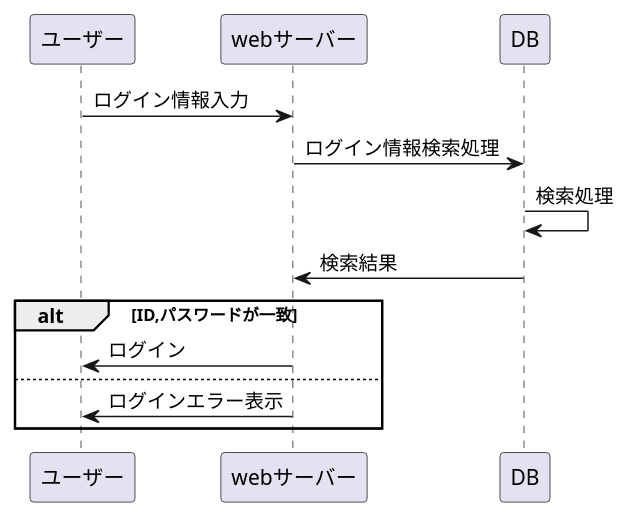
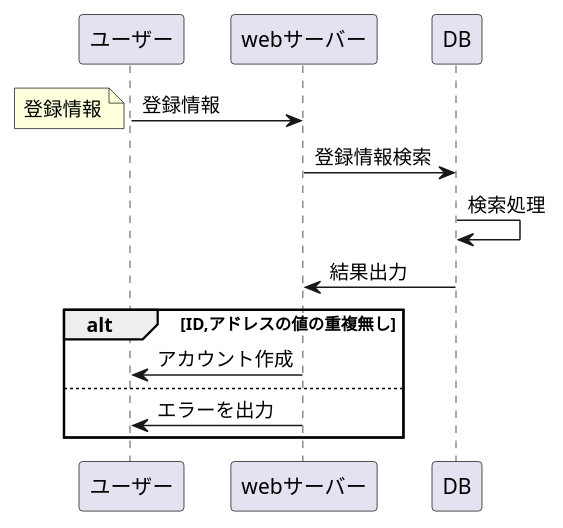
Before and after one commit to Aso2001159/2021sys-design: the diagram in sample-frow.md, drawn with PlantUML.

````diff
--- a/sample-frow.md
+++ b/sample-frow.md
@@ -1,14 +1,12 @@
-```uml
 @startuml
- ユーザー -> webサーバー : ログイン情報入力
- webサーバー -> DB : ログイン情報検索処理
- DB -> DB : 検索処理
- DB -> webサーバー : 検索結果
- alt ID,パスワードが一致
- webサーバー -> ユーザー : ログイン
- else 
- webサーバー -> ユーザー : ログインエラー表示
- end
+  ユーザー -> webサーバー : 登録情報
+  note left : 登録情報
+  webサーバー -> DB : 登録情報検索
+  DB -> DB : 検索処理
+  DB -> webサーバー : 結果出力
+  alt ID,アドレスの値の重複無し
+  webサーバー -> ユーザー : アカウント作成
+  else
+  webサーバー -> ユーザー : エラーを出力
+  end
 @enduml
-
-```
````
